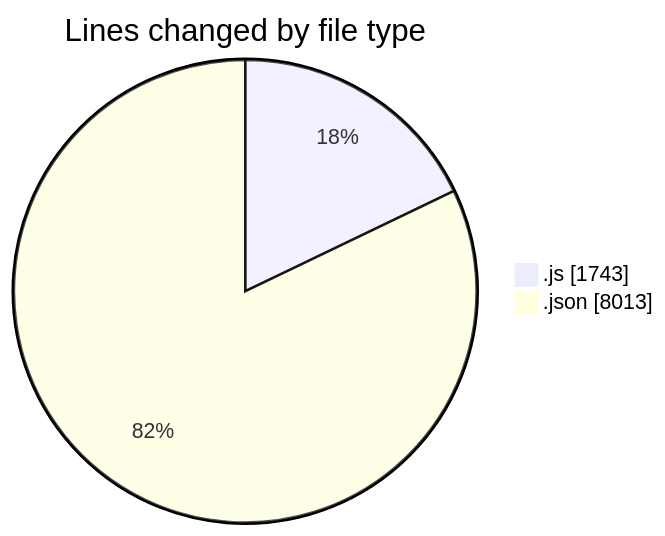
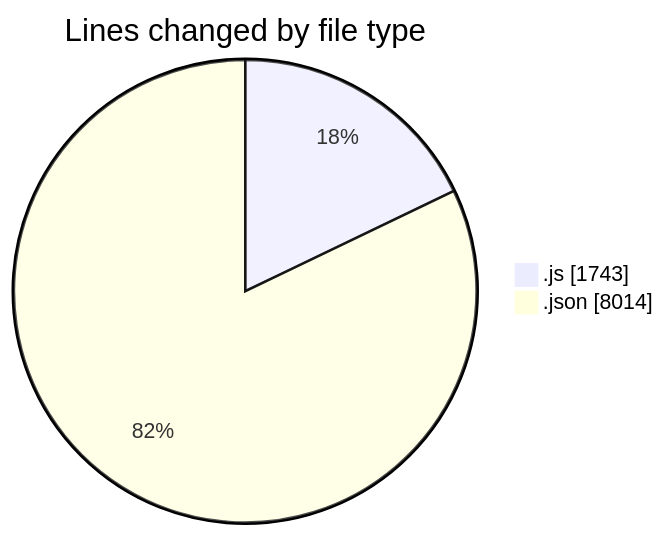
Before and after one commit to momahboobian/code-tracking: the first of 2 diagrams in 2025-01-11/good-pr/README.md, drawn with Mermaid. The commit also changed other lines of this file and 1 other file, not shown here.

````diff
--- a/2025-01-11/good-pr/README.md
+++ b/2025-01-11/good-pr/README.md
@@ -38,6 +38,6 @@
 ```mermaid
 pie showData
 title Lines changed by file type
 ".js" : 1743
-".json" : 8013
+".json" : 8014
 ```
````
